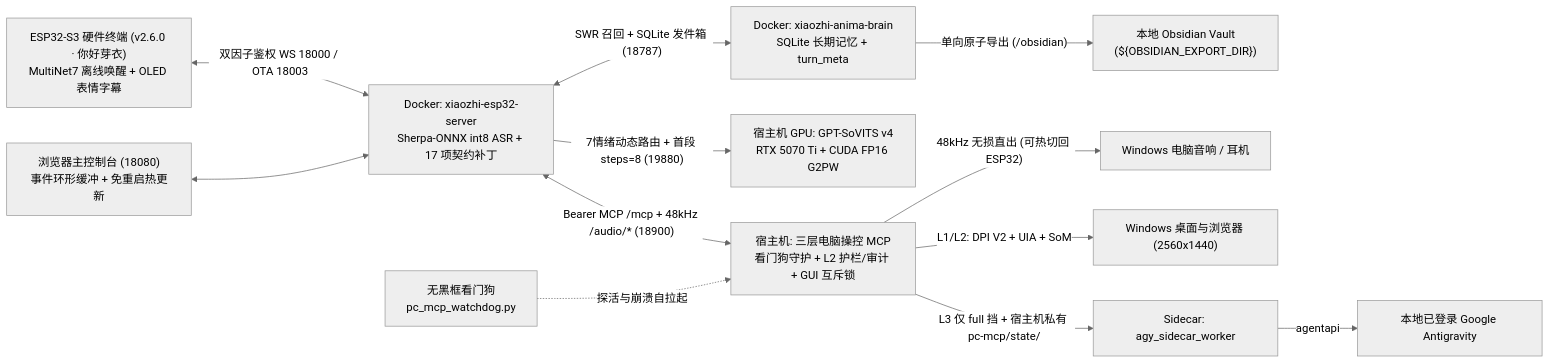
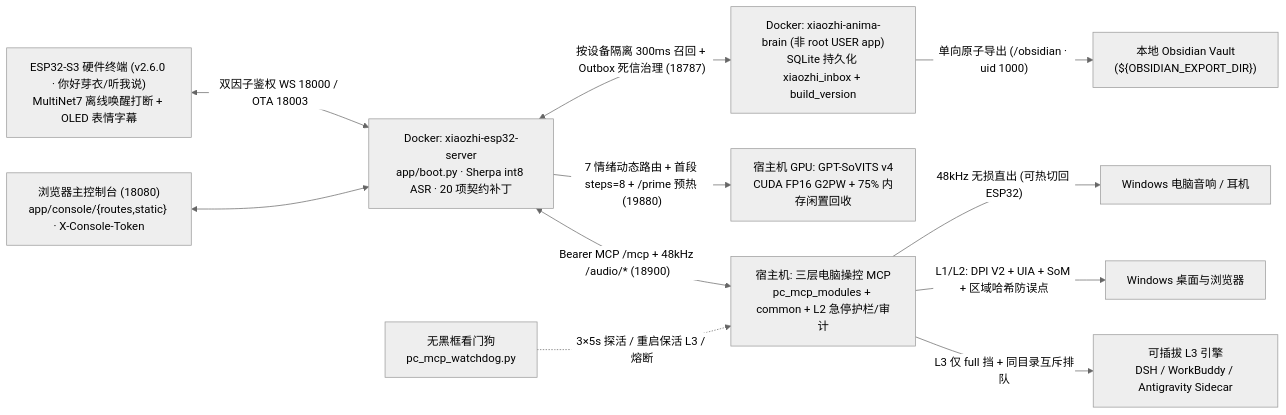
Before and after one commit to zou172866/xiaozhi-windows-pc-mcp: the diagram in 项目交接与运维手册.md, drawn with Mermaid (neutral theme). The commit also changed other lines of this file and 7 other files, not shown here.

````diff
--- a/项目交接与运维手册.md
+++ b/项目交接与运维手册.md
@@ -14,14 +14,13 @@
 ```mermaid
 flowchart LR
-    ESP["ESP32-S3 硬件终端 (v2.6.0 · 你好芽衣)<br/>MultiNet7 离线唤醒 + OLED 表情字幕"] <-->|"双因子鉴权 WS 18000 / OTA 18003"| XZ["Docker: xiaozhi-esp32-server<br/>Sherpa-ONNX int8 ASR + 17 项契约补丁"]
-    UI["浏览器主控制台 (18080)<br/>事件环形缓冲 + 免重启热更新"] <--> XZ
-    XZ <-->|"SWR 召回 + SQLite 发件箱 (18787)"| ANIMA["Docker: xiaozhi-anima-brain<br/>SQLite 长期记忆 + turn_meta"]
-    ANIMA -->|"单向原子导出 (/obsidian)"| OBS["本地 Obsidian Vault<br/>(${OBSIDIAN_EXPORT_DIR})"]
-    XZ -->|"7情绪动态路由 + 首段 steps=8 (19880)"| GSV["宿主机 GPU: GPT-SoVITS v4<br/>RTX 5070 Ti + CUDA FP16 G2PW"]
-    XZ <-->|"Bearer MCP /mcp + 48kHz /audio/* (18900)"| MCP["宿主机: 三层电脑操控 MCP<br/>看门狗守护 + L2 护栏/审计 + GUI 互斥锁"]
-    WD["无黑框看门狗<br/>pc_mcp_watchdog.py"] -.->|"探活与崩溃自拉起"| MCP
+    ESP["ESP32-S3 硬件终端 (v2.6.0 · 你好芽衣/听我说)<br/>MultiNet7 离线唤醒打断 + OLED 表情字幕"] <-->|"双因子鉴权 WS 18000 / OTA 18003"| XZ["Docker: xiaozhi-esp32-server<br/>app/boot.py · Sherpa int8 ASR · 20 项契约补丁"]
+    UI["浏览器主控制台 (18080)<br/>app/console/{routes,static} · X-Console-Token"] <--> XZ
+    XZ <-->|"按设备隔离 300ms 召回 + Outbox 死信治理 (18787)"| ANIMA["Docker: xiaozhi-anima-brain (非 root USER app)<br/>SQLite 持久化 xiaozhi_inbox + build_version"]
+    ANIMA -->|"单向原子导出 (/obsidian · uid 1000)"| OBS["本地 Obsidian Vault<br/>(${OBSIDIAN_EXPORT_DIR})"]
+    XZ -->|"7 情绪动态路由 + 首段 steps=8 + /prime 预热 (19880)"| GSV["宿主机 GPU: GPT-SoVITS v4<br/>CUDA FP16 G2PW + 75% 内存闲置回收"]
+    XZ <-->|"Bearer MCP /mcp + 48kHz /audio/* (18900)"| MCP["宿主机: 三层电脑操控 MCP<br/>pc_mcp_modules + common + L2 急停护栏/审计"]
+    WD["无黑框看门狗<br/>pc_mcp_watchdog.py"] -.->|"3×5s 探活 / 重启保活 L3 / 熔断"| MCP
     MCP -->|"48kHz 无损直出 (可热切回 ESP32)"| SPK["Windows 电脑音响 / 耳机"]
-    MCP -->|"L1/L2: DPI V2 + UIA + SoM"| WIN["Windows 桌面与浏览器 (2560x1440)"]
-    MCP -->|"L3 仅 full 挡 + 宿主机私有 pc-mcp/state/"| SC["Sidecar: agy_sidecar_worker"]
-    SC -->|"agentapi"| AGY["本地已登录 Google Antigravity"]
+    MCP -->|"L1/L2: DPI V2 + UIA + SoM + 区域哈希防误点"| WIN["Windows 桌面与浏览器"]
+    MCP -->|"L3 仅 full 挡 + 同目录互斥排队"| L3["可插拔 L3 引擎<br/>DSH / WorkBuddy / Antigravity Sidecar"]
 ```
````
